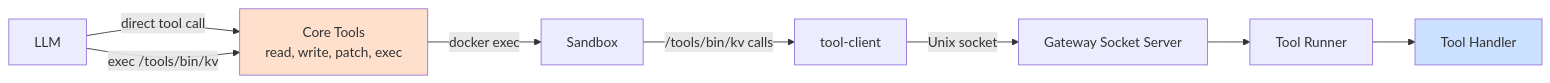
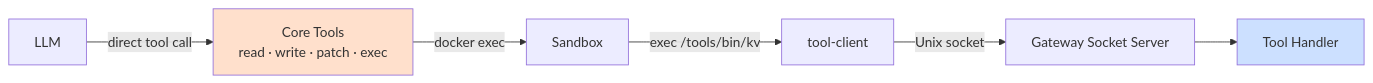
The first of 2 diagrams in docs/tools/core-capabilities.mdx (matthias-hausberger/beige), drawn with Mermaid before and after one commit. The commit also changed other lines of this file and 16 other files, not shown here.

````diff
--- a/docs/tools/core-capabilities.mdx
+++ b/docs/tools/core-capabilities.mdx
@@ -8,13 +8,11 @@
 ```mermaid
 graph LR
-    LLM -->|direct tool call| CT[Core Tools<br/>read, write, patch, exec]
-    LLM -->|exec /tools/bin/kv| CT
+    LLM -->|direct tool call| CT[Core Tools<br/>read · write · patch · exec]
     CT -->|docker exec| SB[Sandbox]
-    SB -->|/tools/bin/kv calls| TC[tool-client]
+    SB -->|exec /tools/bin/kv| TC[tool-client]
     TC -->|Unix socket| GW[Gateway Socket Server]
-    GW --> TR[Tool Runner]
-    TR --> HANDLER[Tool Handler]
+    GW --> TR[Tool Handler]
 
     style CT fill:#ffe0cc
-    style HANDLER fill:#cce0ff
+    style TR fill:#cce0ff
 ```
````
